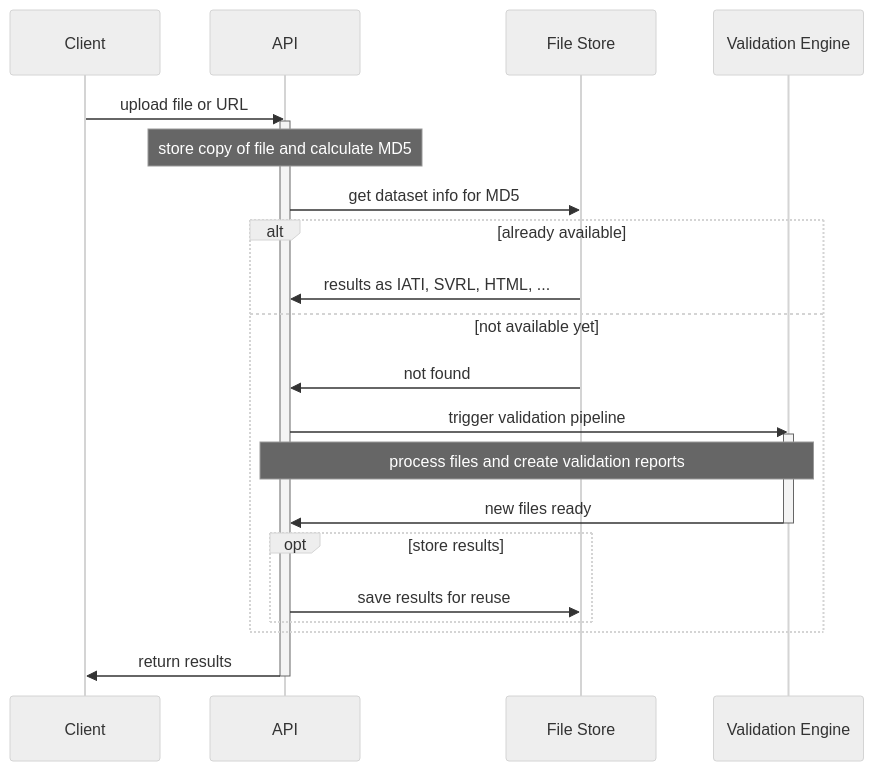
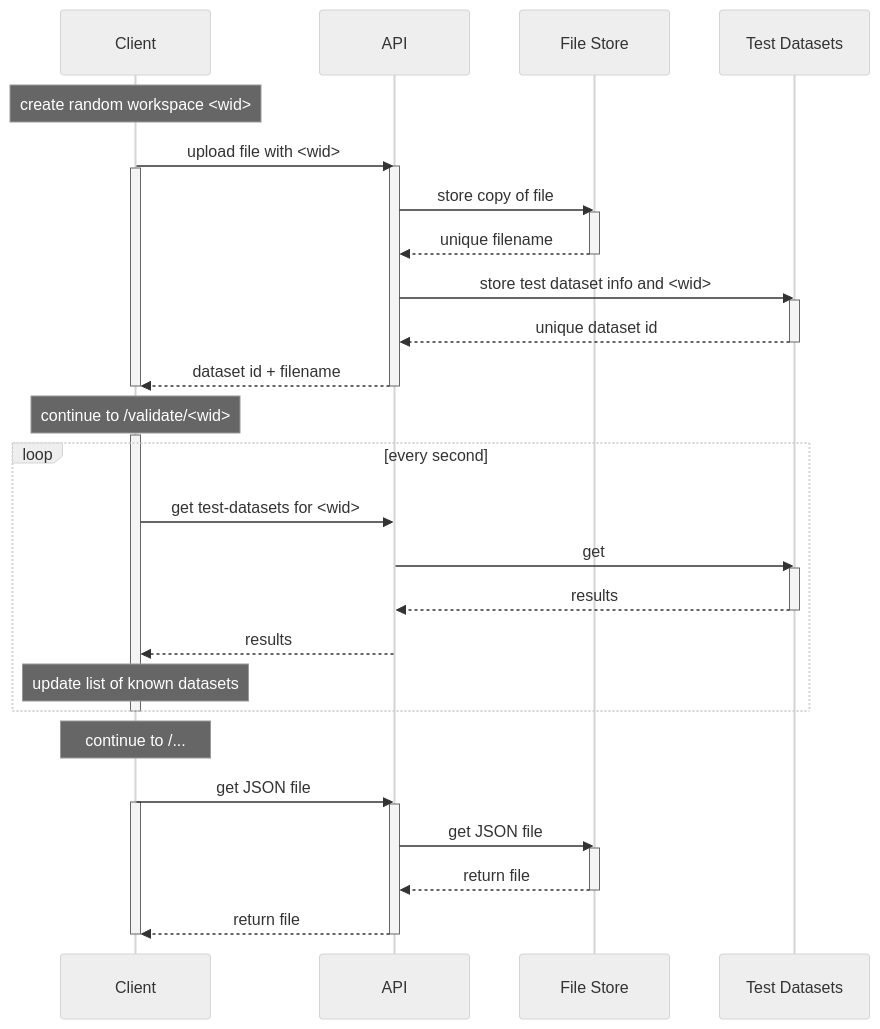
The second of 3 diagrams in docs/index.md (data4development/dataworkbench-api), drawn with Mermaid (neutral theme) before and after one commit. The commit also changed other lines of this file, not shown here.

Commit message:
Update docs for public API
Update ad-hoc validation documentation to show more about what happens.

````diff
--- a/docs/index.md
+++ b/docs/index.md
@@ -55,34 +59,59 @@
 ```mermaid
+
 sequenceDiagram
 participant C as Client
 participant API
 participant FS as File Store
-participant VE as Validation Engine
+participant DS as Test Datasets
 
-C->>API: upload file or URL
+note over C: create random workspace <wid>
+
+C->>API: upload file with <wid>
 activate API
+activate C
 
-note over API: store copy of file and calculate MD5
+API->>FS: store copy of file
+activate FS
+FS-->>API: unique filename
+deactivate FS
 
-API->>FS: get dataset info for MD5
+API->>DS: store test dataset info and <wid>
+activate DS
+DS-->>API: unique dataset id
+deactivate DS
 
-alt already available
-	FS->>API: results as IATI, SVRL, HTML, ...
+API-->>C: dataset id + filename
 
-else not available yet
-	FS->>API: not found
-	API->>VE: trigger validation pipeline
-	activate VE
-	note over API,VE: process files and create validation reports
+deactivate API
+deactivate C
 
-	VE->>API: new files ready
-	deactivate VE
-	
-	opt store results
-    	API->>FS: save results for reuse
-	end
+note over C: continue to /validate/<wid>
+
+activate C
+loop every second
+
+C->>API: get test-datasets for <wid>
+API->>DS: get
+activate DS
+DS-->>API: results
+deactivate DS
+API-->>C: results
+note over C: update list of known datasets
+
 end
+deactivate C
 
-API->>C: return results
+note over C: continue to /...
+
+C->>API: get JSON file
+activate C
+activate API
+API->>FS: get JSON file
+activate FS
+FS-->>API: return file
+deactivate FS
+API-->>C: return file
 deactivate API
+deactivate C
+
 ```
````
